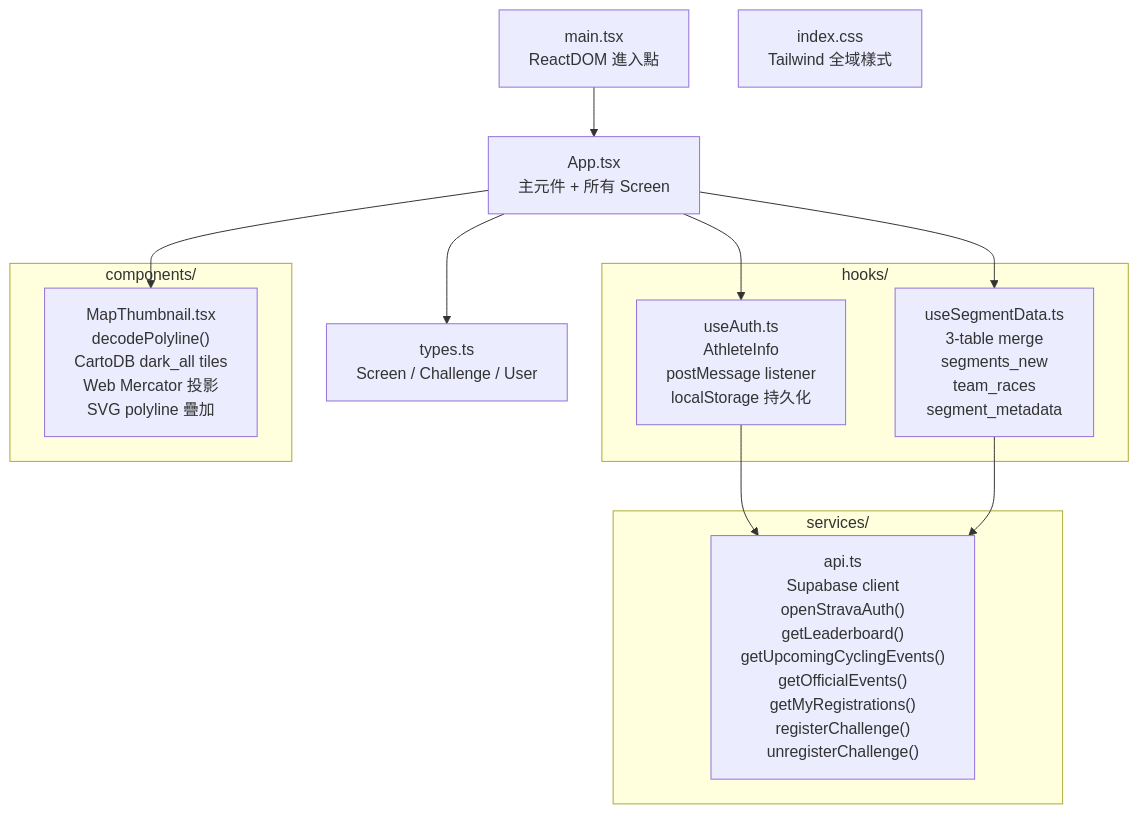
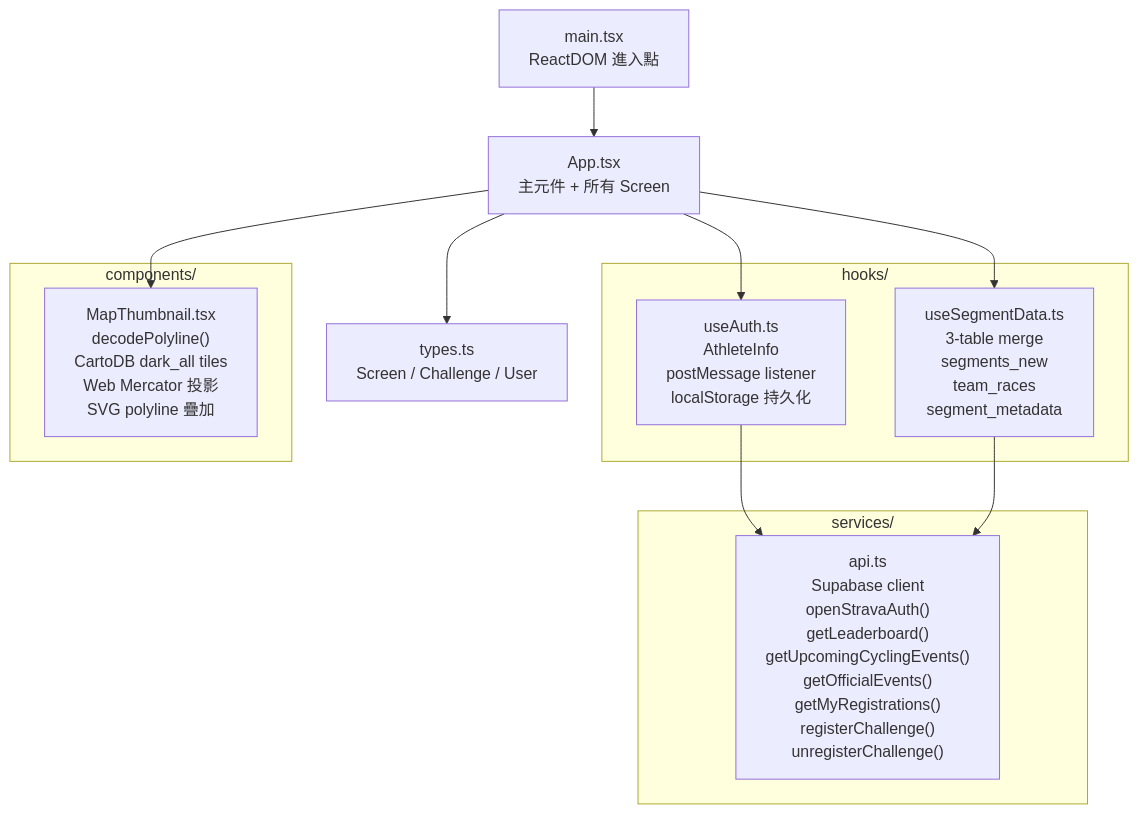
The diagram in CLAUDE.md (TCUnion/Sitich-TCU-), drawn with Mermaid before and after one commit. The commit also changed other lines of this file, not shown here.

````diff
--- a/CLAUDE.md
+++ b/CLAUDE.md
@@ -91,28 +89,27 @@
 ```mermaid
 graph TD
   App["App.tsx<br/>主元件 + 所有 Screen"]
   Types["types.ts<br/>Screen / Challenge / User"]
   Main["main.tsx<br/>ReactDOM 進入點"]
-  CSS["index.css<br/>Tailwind 全域樣式"]
 
   subgraph services["services/"]
     API["api.ts<br/>Supabase client<br/>openStravaAuth()<br/>getLeaderboard()<br/>getUpcomingCyclingEvents()<br/>getOfficialEvents()<br/>getMyRegistrations()<br/>registerChallenge()<br/>unregisterChallenge()"]
   end
 
   subgraph hooks["hooks/"]
     UseAuth["useAuth.ts<br/>AthleteInfo<br/>postMessage listener<br/>localStorage 持久化"]
     UseSegment["useSegmentData.ts<br/>3-table merge<br/>segments_new<br/>team_races<br/>segment_metadata"]
   end
 
   subgraph components["components/"]
     Map["MapThumbnail.tsx<br/>decodePolyline()<br/>CartoDB dark_all tiles<br/>Web Mercator 投影<br/>SVG polyline 疊加"]
   end
 
   App --> Types
   App --> UseAuth
   App --> UseSegment
   App --> Map
   UseAuth --> API
   UseSegment --> API
   Main --> App
 ```
````
